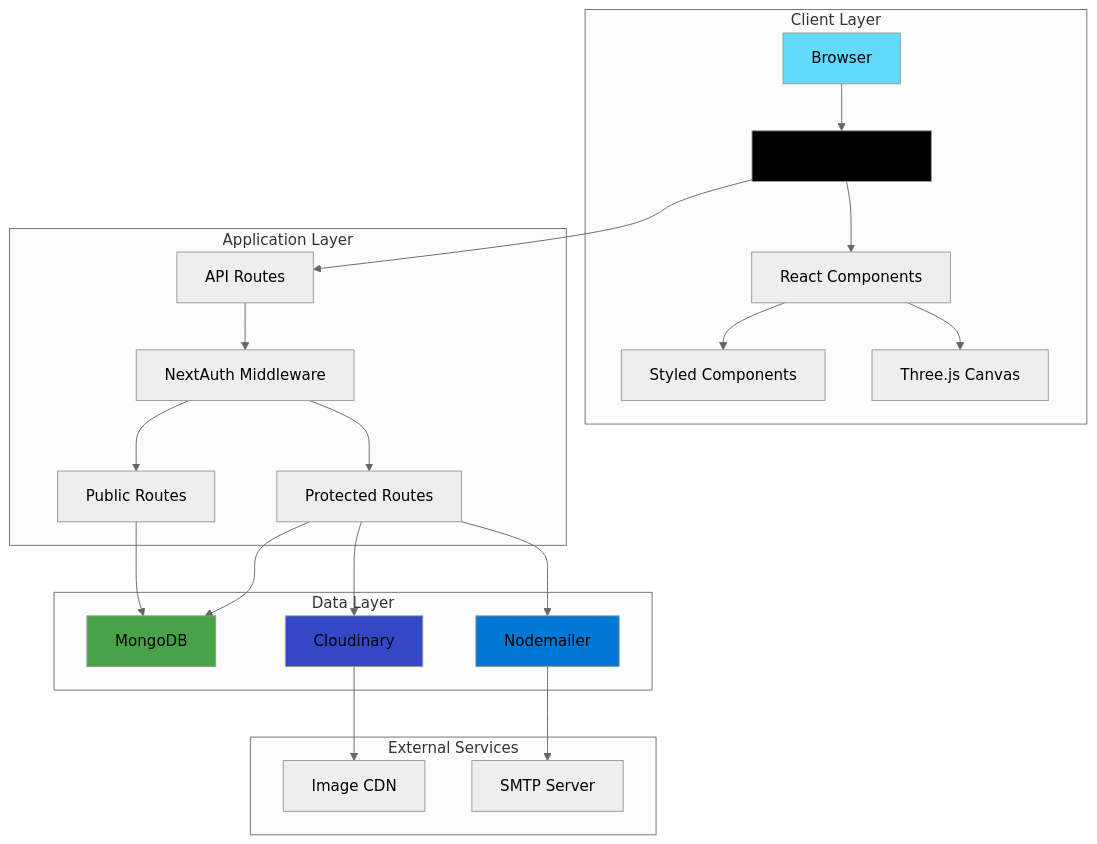
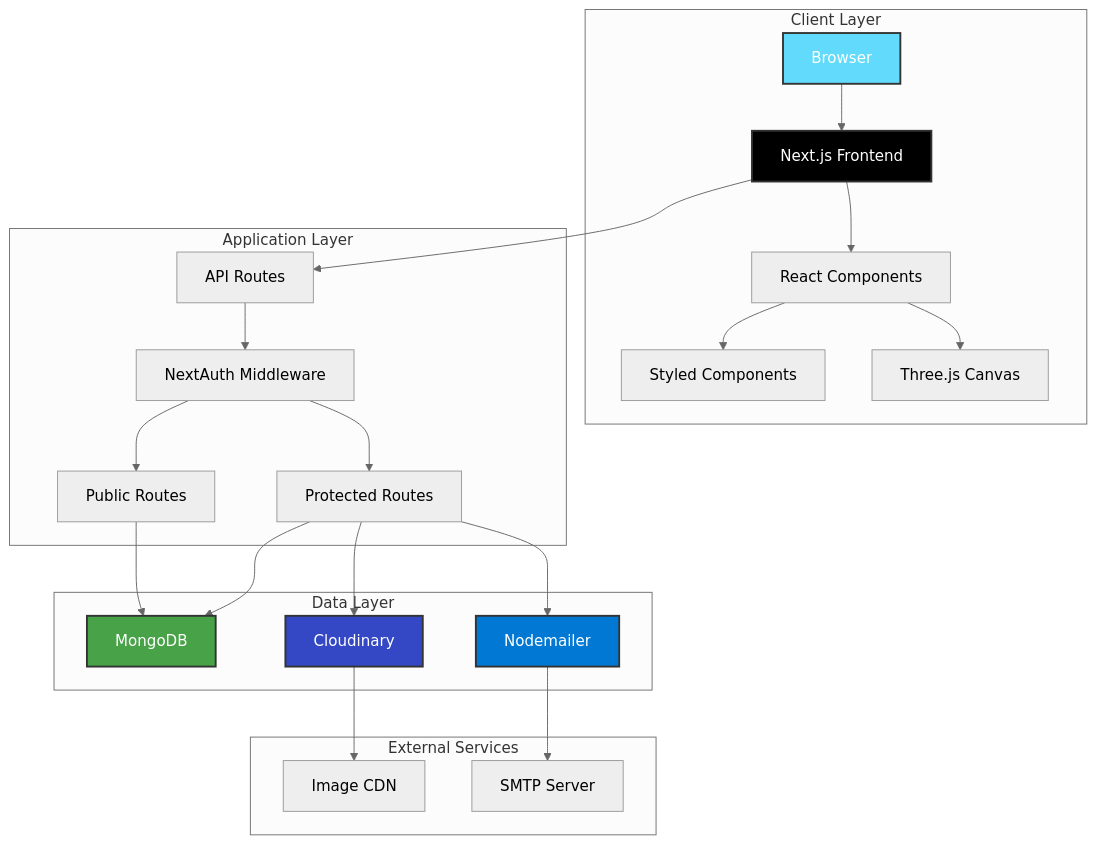
The second of 7 diagrams in README.md (CodeCommandBD/ProtfolioNext), drawn with Mermaid (neutral theme) before and after one commit. The commit also changed other lines of this file and 1 other file, not shown here.

Commit message:
docs: Delete `.env.example` and update `README.md` with new Mermaid diagrams, empty environment variable examples, and removed sections.

````diff
--- a/README.md
+++ b/README.md
@@ -136,34 +136,34 @@
 ```mermaid
 graph TB
     subgraph "Client Layer"
         A[Browser] --> B[Next.js Frontend]
         B --> C[React Components]
         C --> D[Styled Components]
         C --> E[Three.js Canvas]
     end
 
     subgraph "Application Layer"
         B --> F[API Routes]
         F --> G[NextAuth Middleware]
         G --> H[Protected Routes]
         G --> I[Public Routes]
     end
 
     subgraph "Data Layer"
         H --> J[MongoDB]
         I --> J
         H --> K[Cloudinary]
         H --> L[Nodemailer]
     end
 
     subgraph "External Services"
         K --> M[Image CDN]
         L --> N[SMTP Server]
     end
 
-    style A fill:#61DAFB
-    style B fill:#000000
-    style J fill:#47A248
-    style K fill:#3448C5
-    style L fill:#0078D4
+    style A fill:#61DAFB,stroke:#333,stroke-width:2px,color:#fff
+    style B fill:#000000,stroke:#333,stroke-width:2px,color:#fff
+    style J fill:#47A248,stroke:#333,stroke-width:2px,color:#fff
+    style K fill:#3448C5,stroke:#333,stroke-width:2px,color:#fff
+    style L fill:#0078D4,stroke:#333,stroke-width:2px,color:#fff
 ```
````
